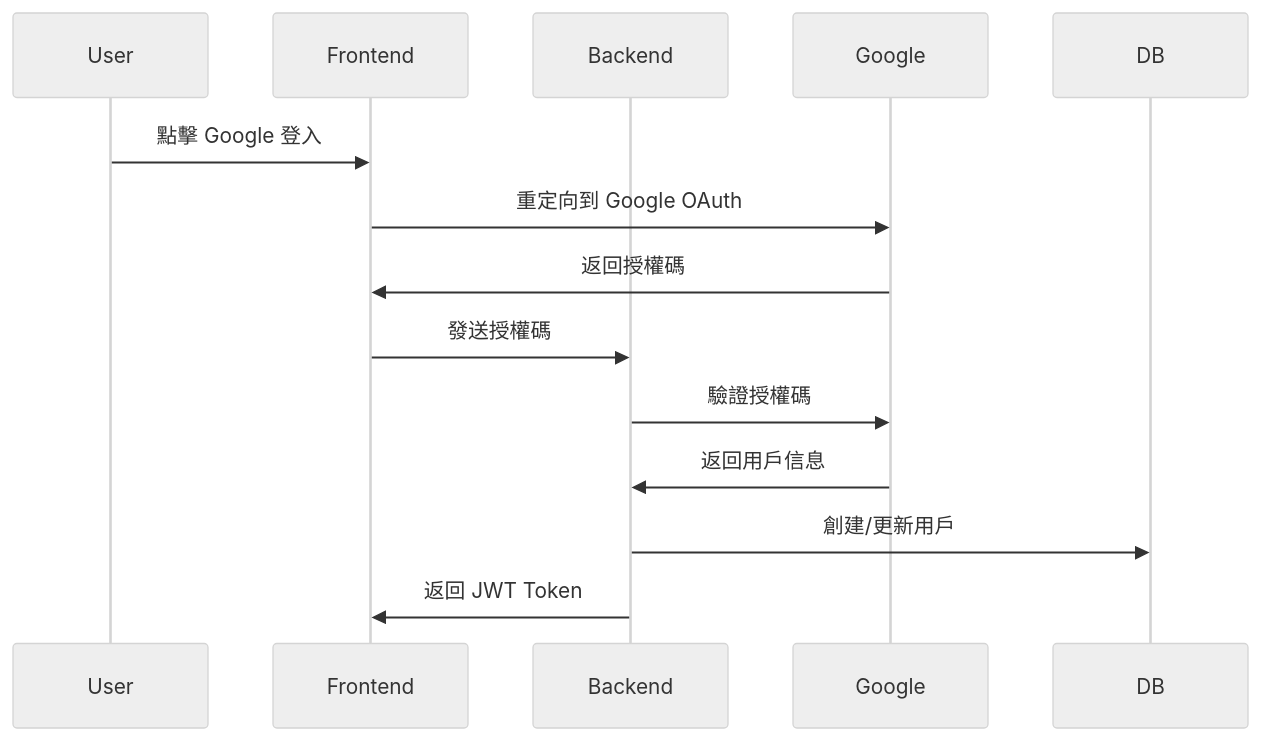
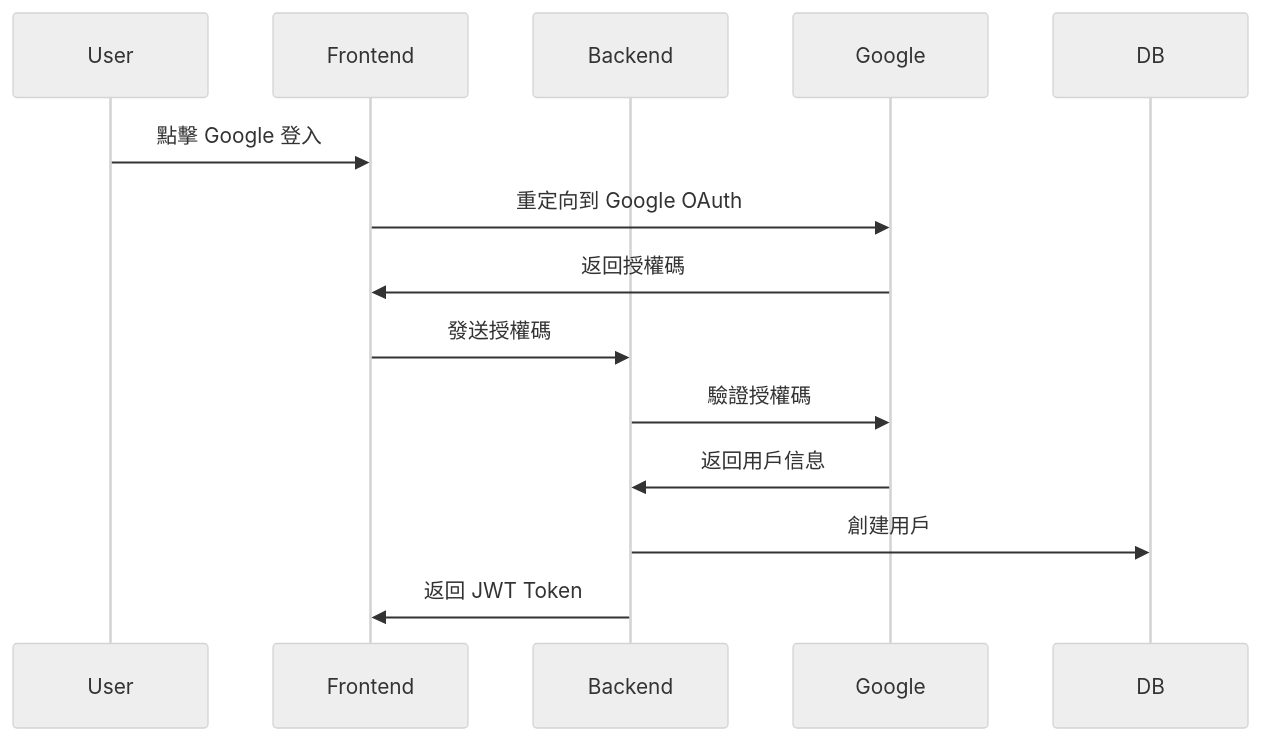
The second of 4 diagrams in Architecture.md (poordog777/movie-viewer), drawn with Mermaid (neutral theme) before and after one commit. The commit also changed other lines of this file and 2 other files, not shown here.

Commit message:
Refactor database schema: update ratings table to allow scores from 1 to 10; remove unused tables and indexes; adjust API documentation for new rating system

````diff
--- a/Architecture.md
+++ b/Architecture.md
@@ -121,17 +78,17 @@
 ```mermaid
 sequenceDiagram
     participant User
     participant Frontend
     participant Backend
     participant Google
     participant DB
 
     User->>Frontend: 點擊 Google 登入
     Frontend->>Google: 重定向到 Google OAuth
     Google->>Frontend: 返回授權碼
     Frontend->>Backend: 發送授權碼
     Backend->>Google: 驗證授權碼
     Google->>Backend: 返回用戶信息
-    Backend->>DB: 創建/更新用戶
+    Backend->>DB: 創建用戶
     Backend->>Frontend: 返回 JWT Token
 ```
````
